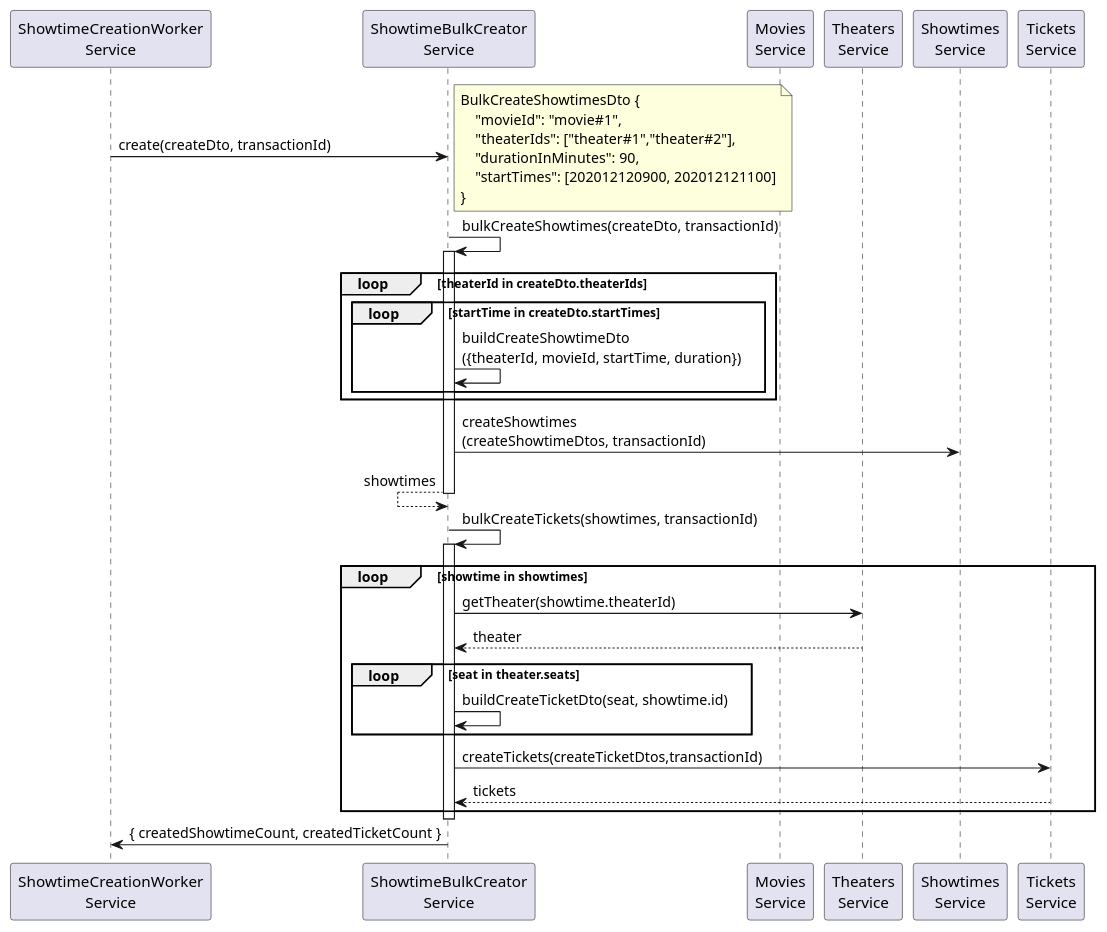
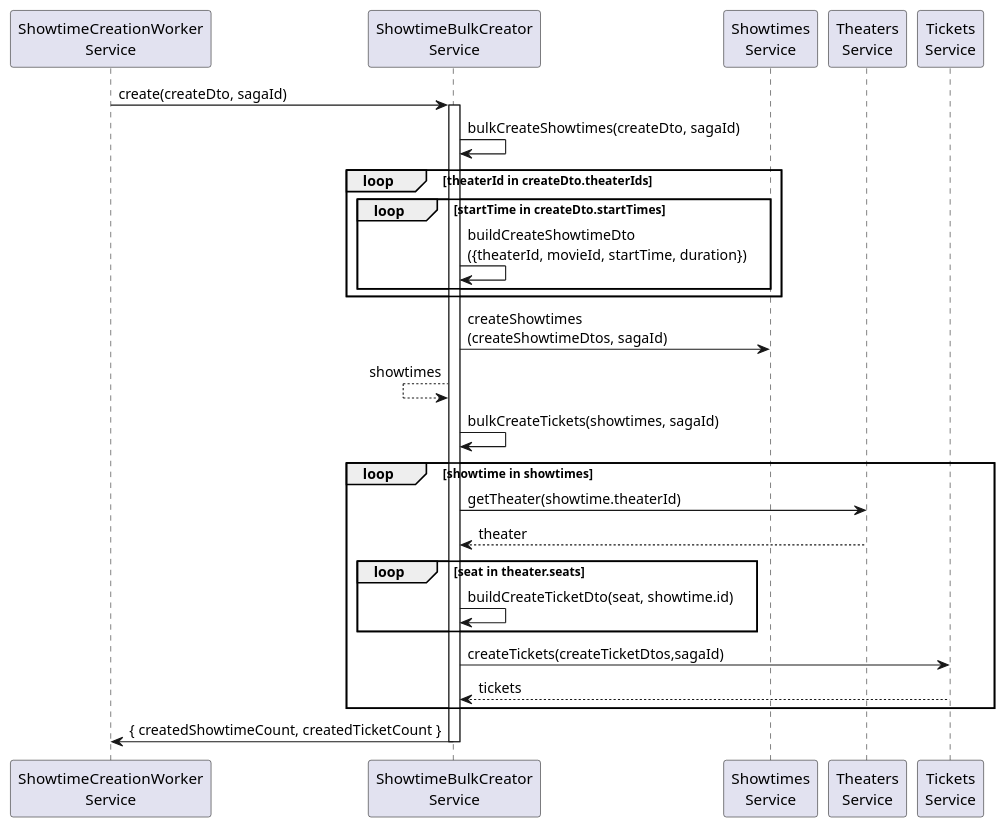
Before and after one commit to mannercode/mannercode.github.io: diagram 11 of 20 in _posts/2026-06-11-backend-design-4.md, drawn with PlantUML. The commit also changed other lines of this file and 2 other files, not shown here.

```diff
--- a/_posts/2026-06-11-backend-design-4.md
+++ b/_posts/2026-06-11-backend-design-4.md
@@ -44,46 +411,37 @@
 {% plantuml %}
 @startuml
 participant "ShowtimeCreationWorker\nService" as worker
 participant "ShowtimeBulkCreator\nService" as creator
-participant "Movies\nService" as movies
+participant "Showtimes\nService" as showtimes
 participant "Theaters\nService" as theaters
-participant "Showtimes\nService" as showtimes
 participant "Tickets\nService" as tickets
 
-worker -> creator: create(createDto, transactionId)
-    note right
-        BulkCreateShowtimesDto {
-            "movieId": "movie#1",
-            "theaterIds": ["theater#1","theater#2"],
-            "durationInMinutes": 90,
-            "startTimes": [202012120900, 202012121100]
-        }
-    end note
+worker -> creator: create(createDto, sagaId)
 
-creator -> creator: bulkCreateShowtimes(createDto, transactionId)
 activate creator
+    creator -> creator: bulkCreateShowtimes(createDto, sagaId)
+
     loop theaterId in createDto.theaterIds
         loop startTime in createDto.startTimes
             creator -> creator: buildCreateShowtimeDto\n({theaterId, movieId, startTime, duration})
         end
     end
 
-    creator -> showtimes: createShowtimes\n(createShowtimeDtos, transactionId)
+    creator -> showtimes: createShowtimes\n(createShowtimeDtos, sagaId)
     creator <-- creator: showtimes
-deactivate creator
 
-creator -> creator: bulkCreateTickets(showtimes, transactionId)
-activate creator
+    creator -> creator: bulkCreateTickets(showtimes, sagaId)
+
     loop showtime in showtimes
         creator -> theaters: getTheater(showtime.theaterId)
         creator <-- theaters: theater
         loop seat in theater.seats
             creator -> creator: buildCreateTicketDto(seat, showtime.id)
         end
-        creator -> tickets: createTickets(createTicketDtos,transactionId)
+        creator -> tickets: createTickets(createTicketDtos,sagaId)
         creator <-- tickets: tickets
     end
+    worker <- creator: { createdShowtimeCount, createdTicketCount }
 deactivate creator
-worker <- creator: { createdShowtimeCount, createdTicketCount }
 @enduml
 {% endplantuml %}
```
